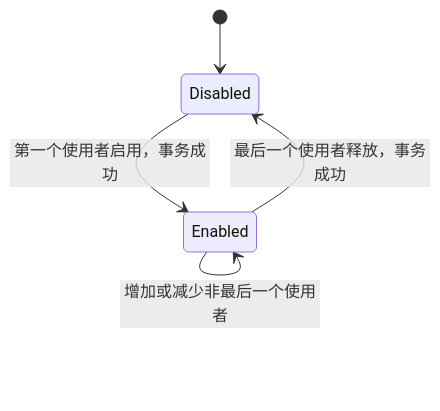
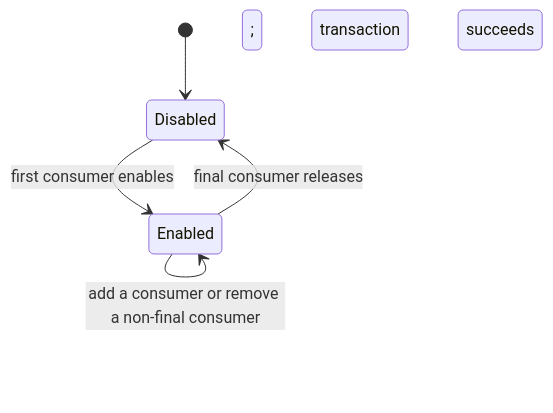
Before and after one commit to DragonOS-Community/DragonOS: the second of 3 diagrams in docs/kernel/trace/text_patching.md, drawn with Mermaid. The commit also changed other lines of this file and 2058 other files, not shown here.

````diff
--- a/docs/kernel/trace/text_patching.md
+++ b/docs/kernel/trace/text_patching.md
@@ -84,7 +91,7 @@
 ```mermaid
 stateDiagram-v2
     [*] --> Disabled
-    Disabled --> Enabled: 第一个使用者启用，事务成功
-    Enabled --> Enabled: 增加或减少非最后一个使用者
-    Enabled --> Disabled: 最后一个使用者释放，事务成功
+    Disabled --> Enabled: first consumer enables; transaction succeeds
+    Enabled --> Enabled: add a consumer or remove a non-final consumer
+    Enabled --> Disabled: final consumer releases; transaction succeeds
 ```
````
